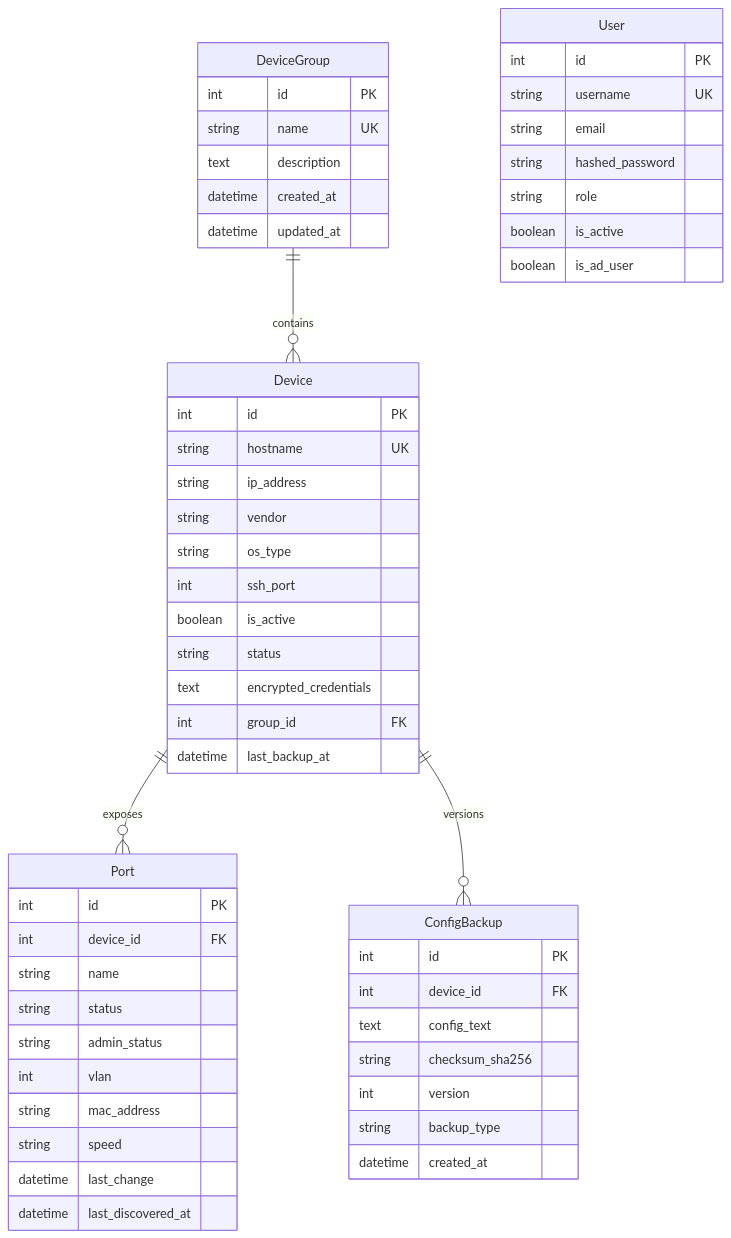
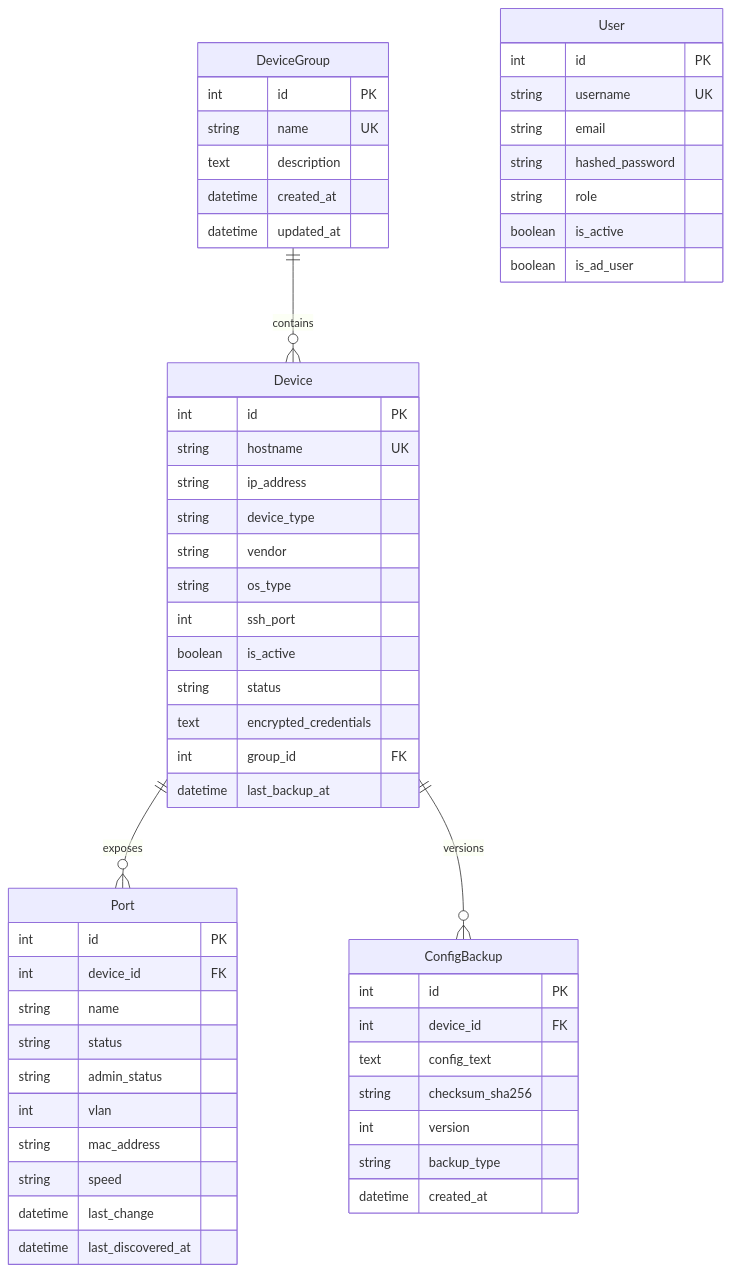
The second of 2 diagrams in docs/ARCHITECTURE.md (mertgl1/OmniEyeNetwork), drawn with Mermaid before and after one commit. The commit also changed other lines of this file and 14 other files, not shown here.

````diff
--- a/docs/ARCHITECTURE.md
+++ b/docs/ARCHITECTURE.md
@@ -30,56 +30,57 @@
 ```mermaid
 erDiagram
     DeviceGroup ||--o{ Device : contains
     Device ||--o{ Port : exposes
     Device ||--o{ ConfigBackup : versions
     DeviceGroup {
       int id PK
       string name UK
       text description
       datetime created_at
       datetime updated_at
     }
     Device {
       int id PK
       string hostname UK
       string ip_address
+      string device_type
       string vendor
       string os_type
       int ssh_port
       boolean is_active
       string status
       text encrypted_credentials
       int group_id FK
       datetime last_backup_at
     }
     Port {
       int id PK
       int device_id FK
       string name
       string status
       string admin_status
       int vlan
       string mac_address
       string speed
       datetime last_change
       datetime last_discovered_at
     }
     ConfigBackup {
       int id PK
       int device_id FK
       text config_text
       string checksum_sha256
       int version
       string backup_type
       datetime created_at
     }
     User {
       int id PK
       string username UK
       string email
       string hashed_password
       string role
       boolean is_active
       boolean is_ad_user
     }
 ```
````
